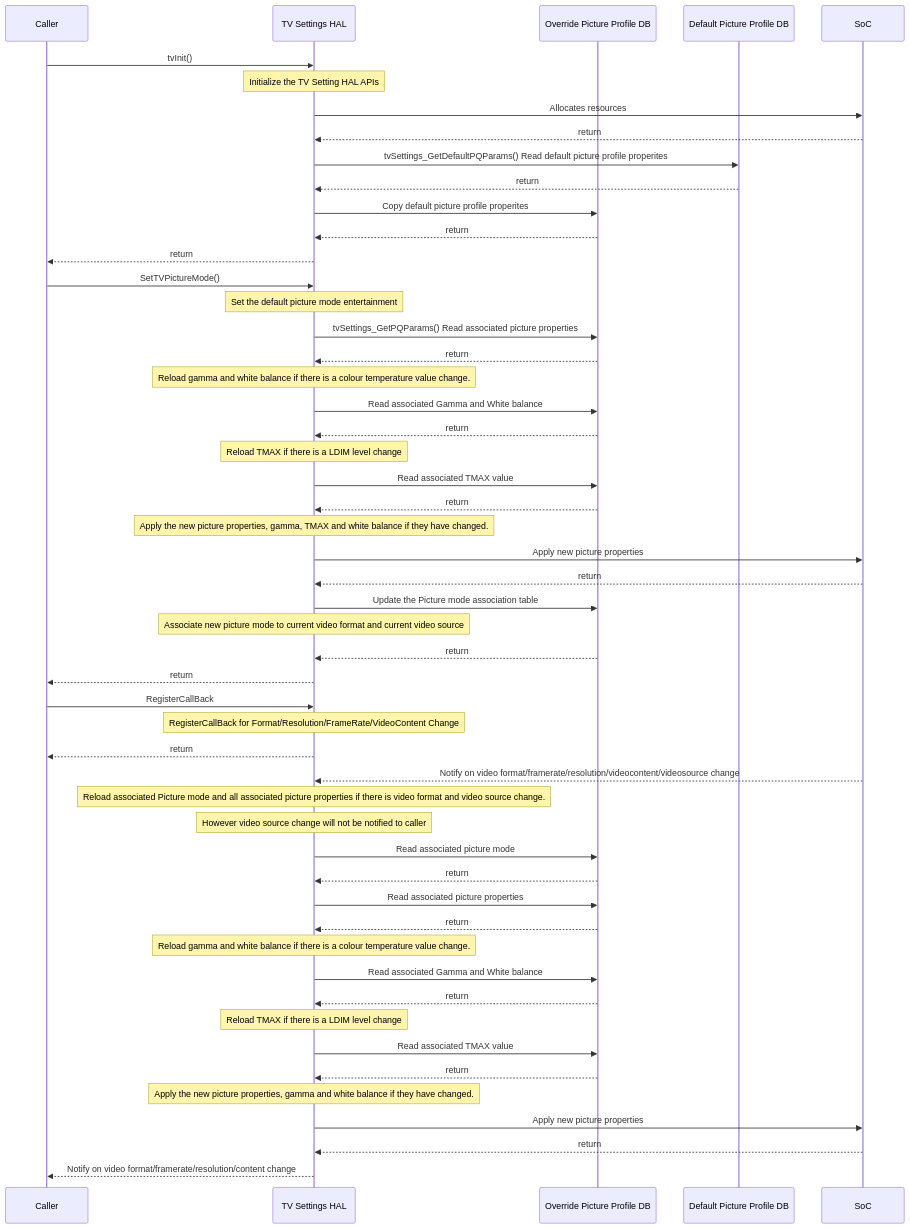
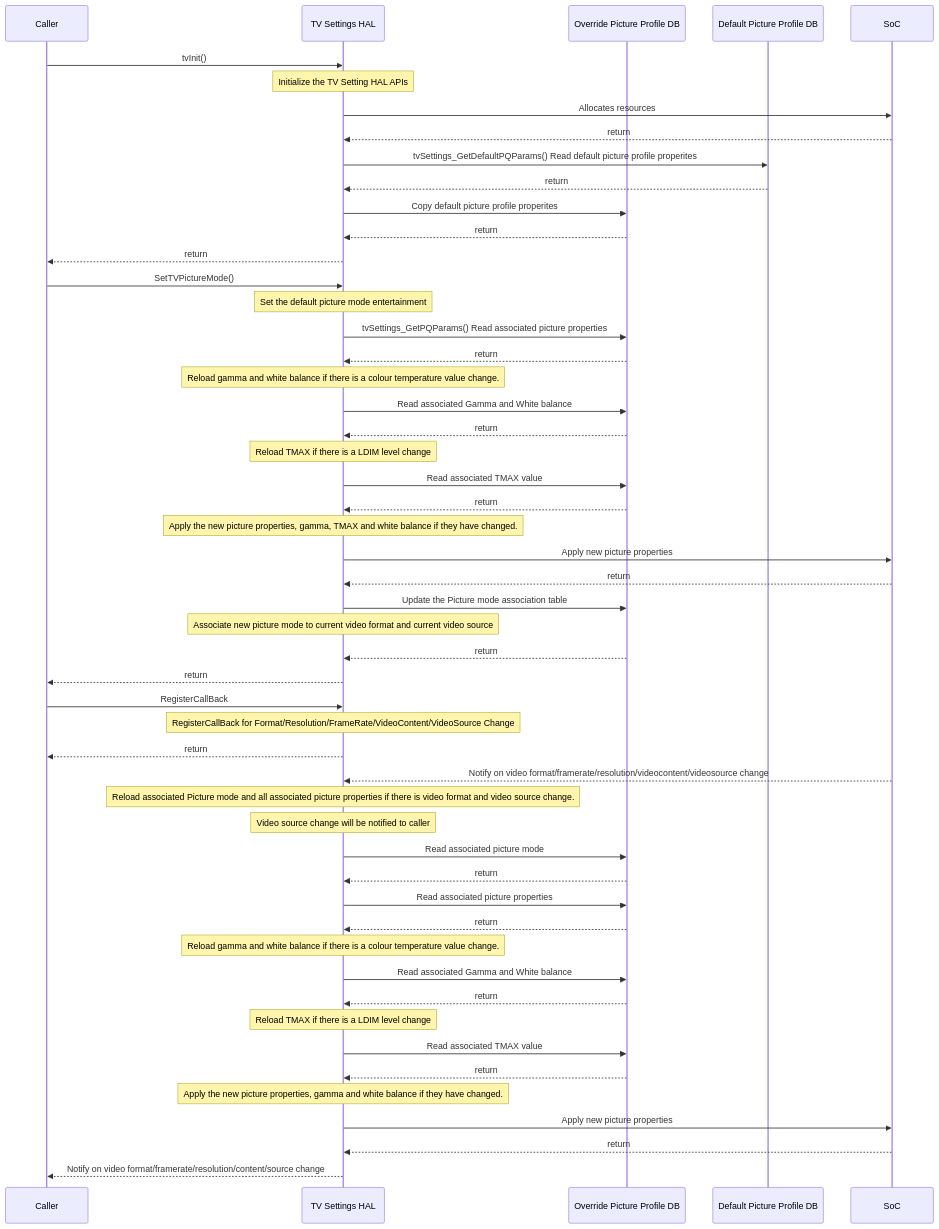
The second of 7 diagrams in docs/pages/tv-settings_halSpec.md (rdkcentral/rdkv-halif-tvsettings), drawn with Mermaid before and after one commit. The commit also changed other lines of this file, not shown here.

Commit message:
gh #141 Updated the document with latest tvSettings hal interface changes

````diff
--- a/docs/pages/tv-settings_halSpec.md
+++ b/docs/pages/tv-settings_halSpec.md
@@ -314,57 +366,57 @@
 ```mermaid
 sequenceDiagram
 participant Caller as Caller
     participant HAL as TV Settings HAL
     participant OPPDB as Override Picture Profile DB
     participant DPPDB as Default Picture Profile DB
     participant Driver as SoC
 
     Caller->>HAL:tvInit()
     Note over HAL: Initialize the TV Setting HAL APIs
     HAL->>Driver: Allocates resources
     Driver-->>HAL:return
     HAL->>DPPDB: tvSettings_GetDefaultPQParams() Read default picture profile properites
     DPPDB-->>HAL:return
     HAL->>OPPDB: Copy default picture profile properites
     OPPDB-->>HAL:return
     HAL-->>Caller:return
     Caller->>HAL: SetTVPictureMode()
     Note over HAL: Set the default picture mode entertainment
     HAL->>OPPDB: tvSettings_GetPQParams() Read associated picture properties
     OPPDB-->>HAL:return
     Note over HAL: Reload gamma and white balance if there is a colour temperature value change.
     HAL->>OPPDB: Read associated Gamma and White balance
     OPPDB-->>HAL:return
     Note over HAL: Reload TMAX if there is a LDIM level change
     HAL->>OPPDB: Read associated TMAX value
     OPPDB-->>HAL:return
     Note over HAL: Apply the new picture properties, gamma, TMAX and white balance if they have changed.
     HAL->>Driver: Apply new picture properties
     Driver-->>HAL:return
     HAL->>OPPDB: Update the Picture mode association table
     Note over HAL: Associate new picture mode to current video format and current video source
     OPPDB-->>HAL:return
     HAL-->>Caller:return
 
     Caller->>HAL: RegisterCallBack
-    Note over HAL:RegisterCallBack for Format/Resolution/FrameRate/VideoContent Change
+    Note over HAL:RegisterCallBack for Format/Resolution/FrameRate/VideoContent/VideoSource Change
     HAL-->>Caller:return
 
     Driver-->>HAL:Notify on video format/framerate/resolution/videocontent/videosource change
     Note over HAL: Reload associated Picture mode and all associated picture properties if there is video format and video source change.
-    Note over HAL: However video source change will not be notified to caller
+    Note over HAL: Video source change will be notified to caller
     HAL->>OPPDB: Read associated picture mode
     OPPDB-->>HAL:return
     HAL->>OPPDB: Read associated picture properties
     OPPDB-->>HAL:return
     Note over HAL: Reload gamma and white balance if there is a colour temperature value change.
     HAL->>OPPDB: Read associated Gamma and White balance
     OPPDB-->>HAL:return
     Note over HAL: Reload TMAX if there is a LDIM level change
     HAL->>OPPDB: Read associated TMAX value
     OPPDB-->>HAL:return
     Note over HAL: Apply the new picture properties, gamma and white balance if they have changed.
     HAL->>Driver: Apply new picture properties
     Driver-->>HAL: return
-    HAL-->>Caller:Notify on video format/framerate/resolution/content change
+    HAL-->>Caller:Notify on video format/framerate/resolution/content/source change
 ```
````
